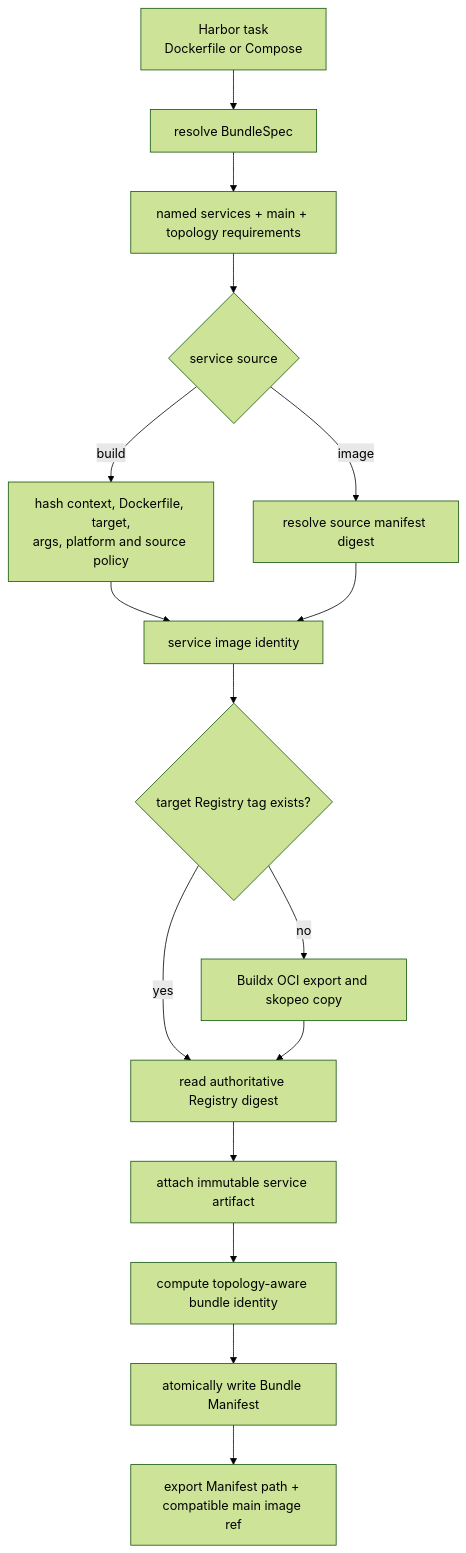
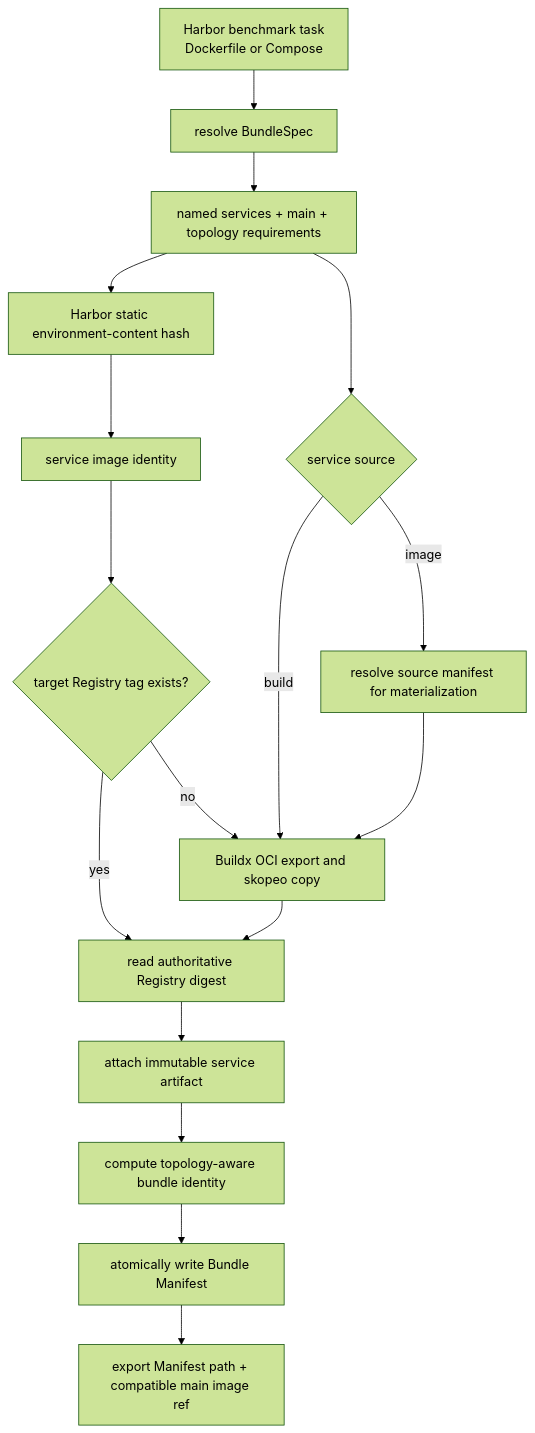
Before and after one commit to AmaoLearning/agent-fleet: the diagram in Agents/utils/common/Harbor/OPENSANDBOX_IMAGE_MANAGER.md, drawn with Mermaid (forest theme). The commit also changed other lines of this file and 6 other files, not shown here.

````diff
--- a/Agents/utils/common/Harbor/OPENSANDBOX_IMAGE_MANAGER.md
+++ b/Agents/utils/common/Harbor/OPENSANDBOX_IMAGE_MANAGER.md
@@ -20,18 +21,19 @@
 ```mermaid
 graph TD
-    A["Harbor task<br/>Dockerfile or Compose"] --> B["resolve BundleSpec"]
+    A["Harbor benchmark task<br/>Dockerfile or Compose"] --> B["resolve BundleSpec"]
     B --> C["named services + main + topology requirements"]
     C --> D{"service source"}
-    D -- build --> E["hash context, Dockerfile, target,<br/>args, platform and source policy"]
-    D -- image --> F["resolve source manifest digest"]
+    C --> E["Harbor static environment-content hash"]
+    D -- image --> F["resolve source manifest for materialization"]
     E --> G["service image identity"]
-    F --> G
     G --> H{"target Registry tag exists?"}
     H -- yes --> I["read authoritative Registry digest"]
     H -- no --> J["Buildx OCI export and skopeo copy"]
+    D -- build --> J
+    F --> J
     J --> I
     I --> K["attach immutable service artifact"]
     K --> L["compute topology-aware bundle identity"]
     L --> M["atomically write Bundle Manifest"]
     M --> N["export Manifest path + compatible main image ref"]
 ```
````
